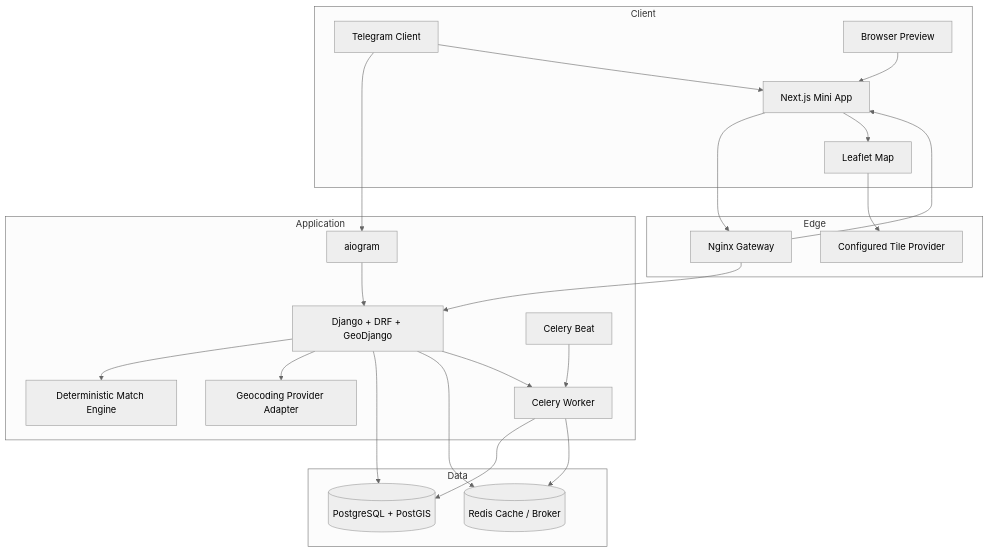
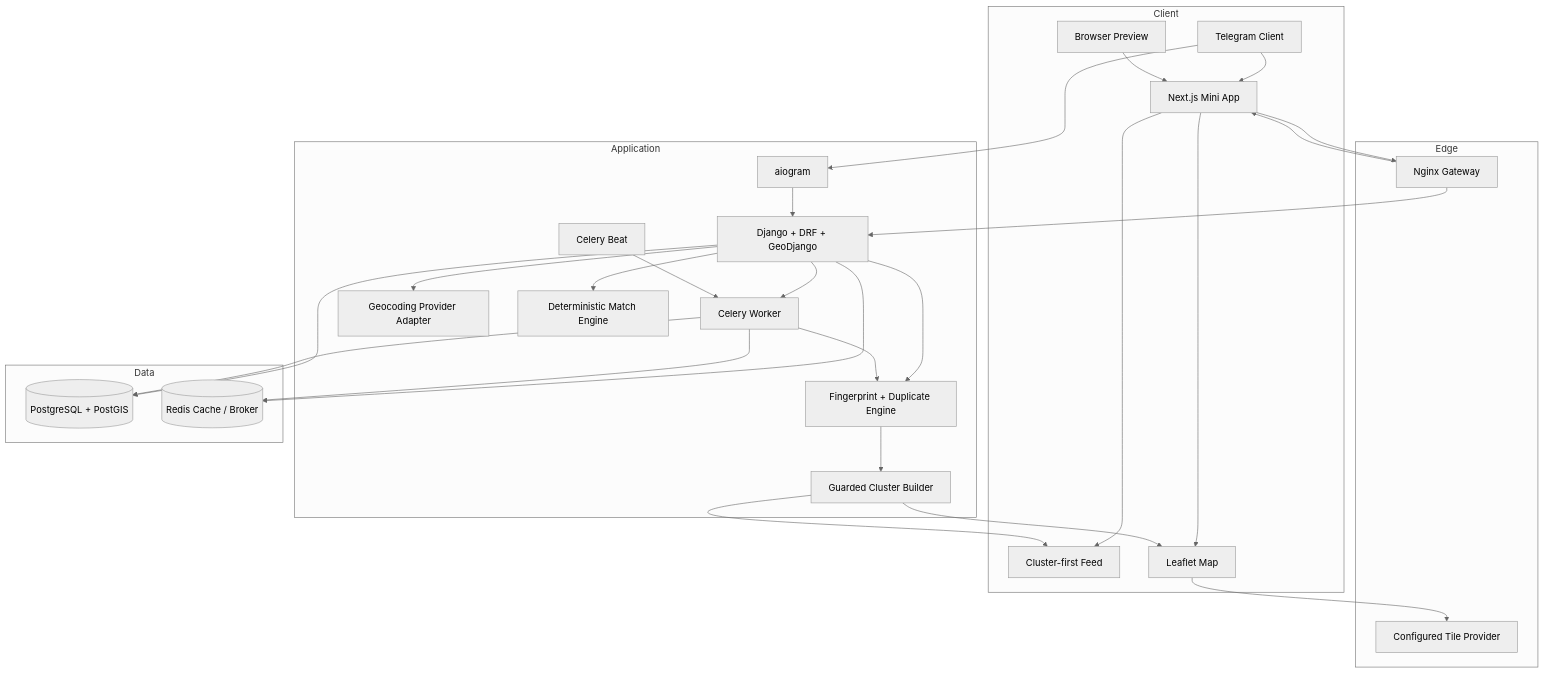
One commit to Ke1fosao/FlatHunter-AI changed the first of 4 diagrams in docs/architecture.md. Above: the diagram before and after it, drawn with Mermaid (neutral theme). The commit also changed other lines of this file, not shown here.

Commit message:
docs: extend architecture for duplicate clustering

````diff
--- a/docs/architecture.md
+++ b/docs/architecture.md
@@ -16,46 +17,55 @@
 ```mermaid
 flowchart TB
     subgraph Client
       Telegram[Telegram Client]
       Browser[Browser Preview]
       MiniApp[Next.js Mini App]
+      ClusterUI[Cluster-first Feed]
       Leaflet[Leaflet Map]
     end
 
     subgraph Edge
       Gateway[Nginx Gateway]
       Tiles[Configured Tile Provider]
     end
 
     subgraph Application
       API[Django + DRF + GeoDjango]
       Bot[aiogram]
       Worker[Celery Worker]
       Beat[Celery Beat]
       Geocoder[Geocoding Provider Adapter]
       Matcher[Deterministic Match Engine]
+      DuplicateEngine[Fingerprint + Duplicate Engine]
+      ClusterBuilder[Guarded Cluster Builder]
     end
 
     subgraph Data
       PostgreSQL[(PostgreSQL + PostGIS)]
       Redis[(Redis Cache / Broker)]
     end
 
     Telegram --> Bot
     Telegram --> MiniApp
     Browser --> MiniApp
     MiniApp --> Gateway
     Gateway --> API
     Gateway --> MiniApp
+    MiniApp --> ClusterUI
     MiniApp --> Leaflet
     Leaflet --> Tiles
     Bot --> API
     API --> Matcher
     API --> Geocoder
+    API --> DuplicateEngine
+    DuplicateEngine --> ClusterBuilder
     API --> PostgreSQL
     API --> Redis
     API --> Worker
     Beat --> Worker
+    Worker --> DuplicateEngine
     Worker --> PostgreSQL
     Worker --> Redis
+    ClusterBuilder --> ClusterUI
+    ClusterBuilder --> Leaflet
 ```
````
